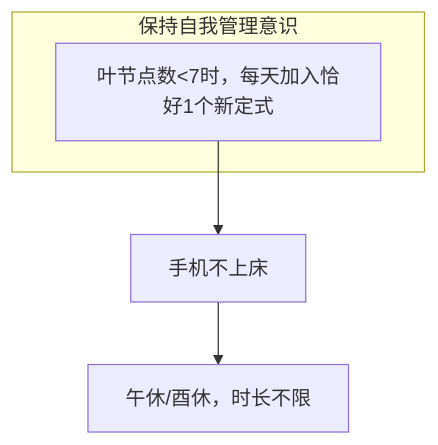
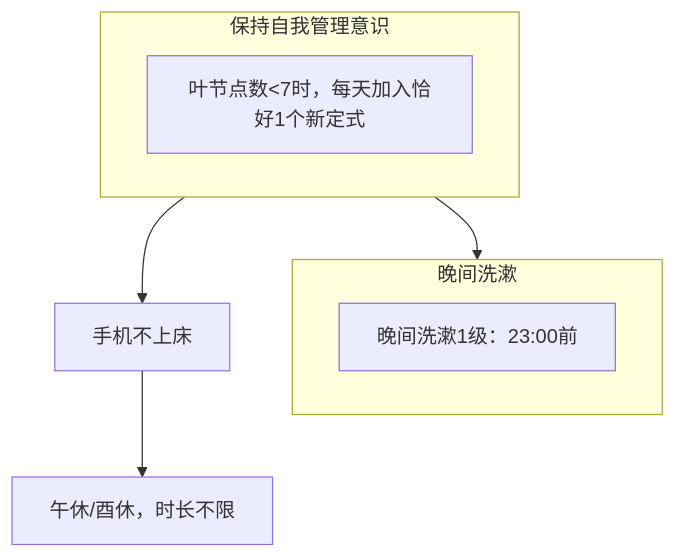
One commit to Ethkuil/RSIP-tree changed the diagram in README.md. Above: the diagram before and after it, drawn with Mermaid.

Commit message:
insert #7: 晚间洗漱1级：23:00前

````diff
--- a/README.md
+++ b/README.md
@@ -7,10 +7,15 @@
 ```mermaid
 graph TD
 
 subgraph 5[保持自我管理意识]
 0[叶节点数<7时，每天加入恰好1个新定式]
 end
 
-0 --> 1[手机不上床]
+5 --> 1[手机不上床]
 1 --> 2[午休/酉休，时长不限]
+
+5 --> 6
+subgraph 6[晚间洗漱]
+7[晚间洗漱1级：23:00前]
+end
 ```
````
